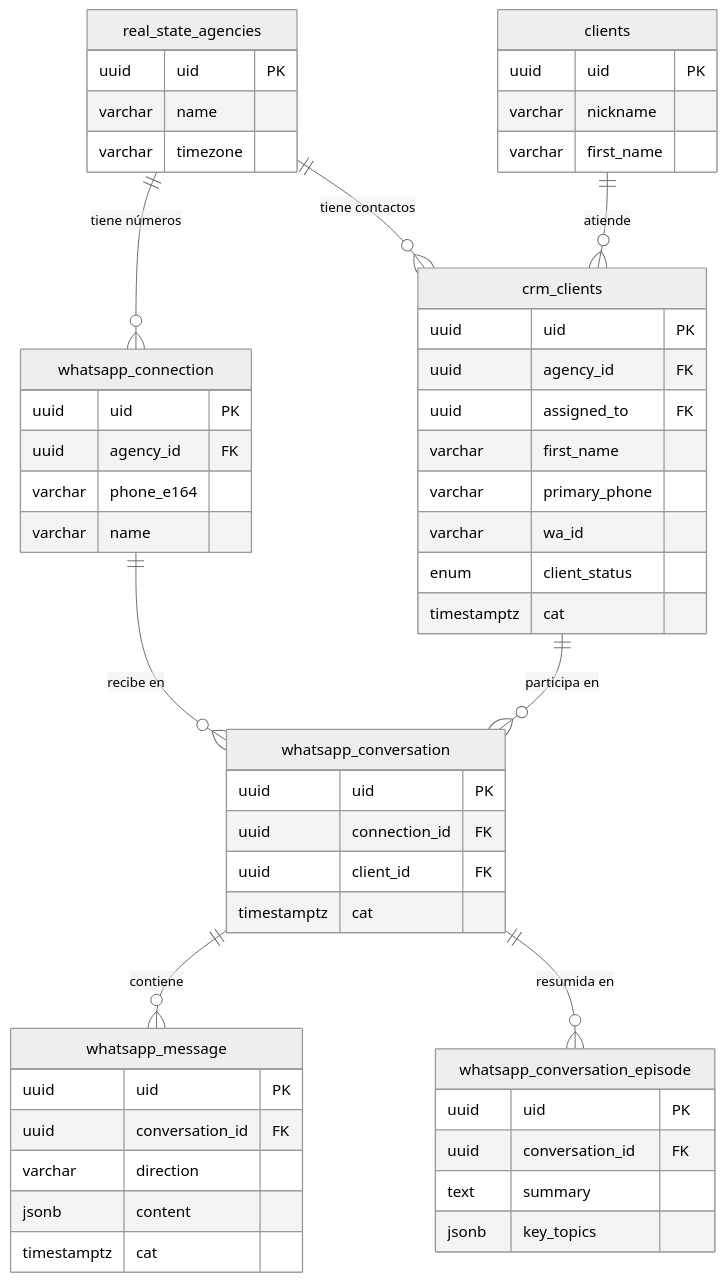
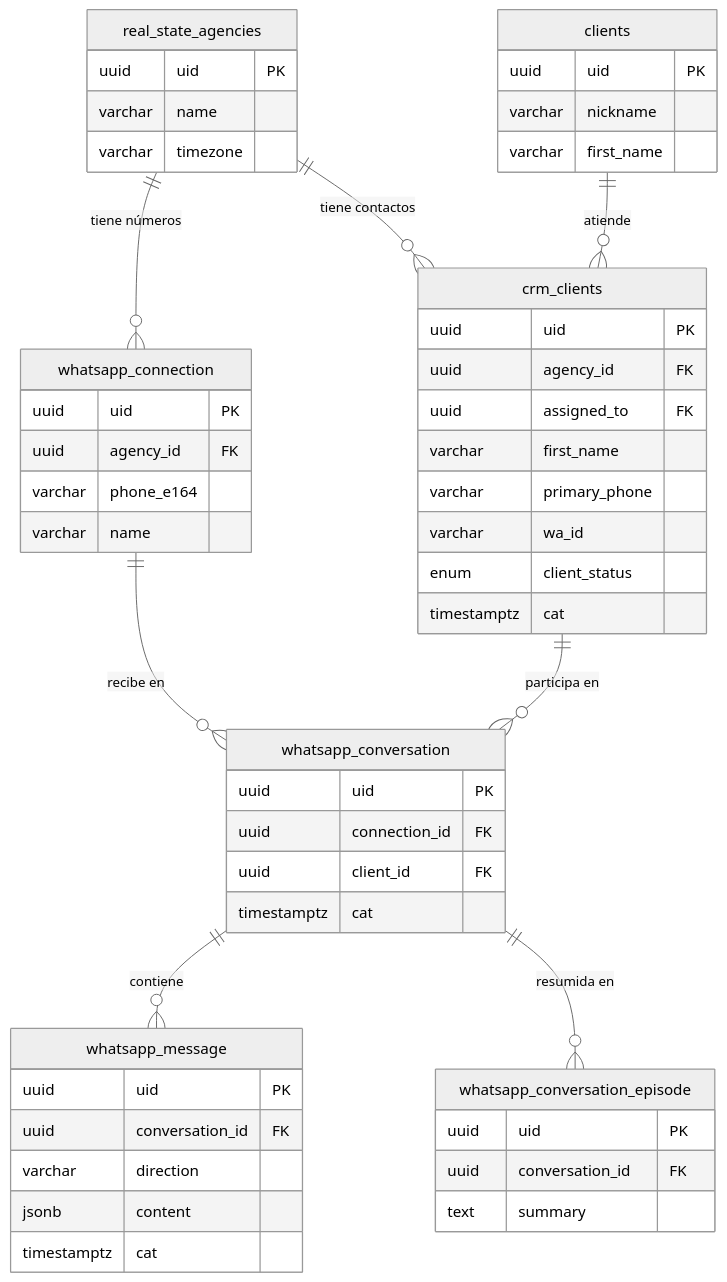
The diagram in README.md (Luis-Guillermo-Rivera-Stephens/NeoJausPAP-O2026), drawn with Mermaid (neutral theme) before and after one commit. The commit also changed other lines of this file and 6 other files, not shown here.

````diff
--- a/README.md
+++ b/README.md
@@ -79,56 +79,55 @@
 ```mermaid
 erDiagram
     real_state_agencies ||--o{ whatsapp_connection : "tiene números"
     real_state_agencies ||--o{ crm_clients : "tiene contactos"
     whatsapp_connection ||--o{ whatsapp_conversation : "recibe en"
     crm_clients ||--o{ whatsapp_conversation : "participa en"
     whatsapp_conversation ||--o{ whatsapp_message : "contiene"
     whatsapp_conversation ||--o{ whatsapp_conversation_episode : "resumida en"
     clients ||--o{ crm_clients : "atiende"
 
     real_state_agencies {
         uuid uid PK
         varchar name
         varchar timezone
     }
     clients {
         uuid uid PK
         varchar nickname
         varchar first_name
     }
     crm_clients {
         uuid uid PK
         uuid agency_id FK
         uuid assigned_to FK
         varchar first_name
         varchar primary_phone
         varchar wa_id
         enum client_status
         timestamptz cat
     }
     whatsapp_connection {
         uuid uid PK
         uuid agency_id FK
         varchar phone_e164
         varchar name
     }
     whatsapp_conversation {
         uuid uid PK
         uuid connection_id FK
         uuid client_id FK
         timestamptz cat
     }
     whatsapp_message {
         uuid uid PK
         uuid conversation_id FK
         varchar direction
         jsonb content
         timestamptz cat
     }
     whatsapp_conversation_episode {
         uuid uid PK
         uuid conversation_id FK
         text summary
-        jsonb key_topics
     }
 ```
````
